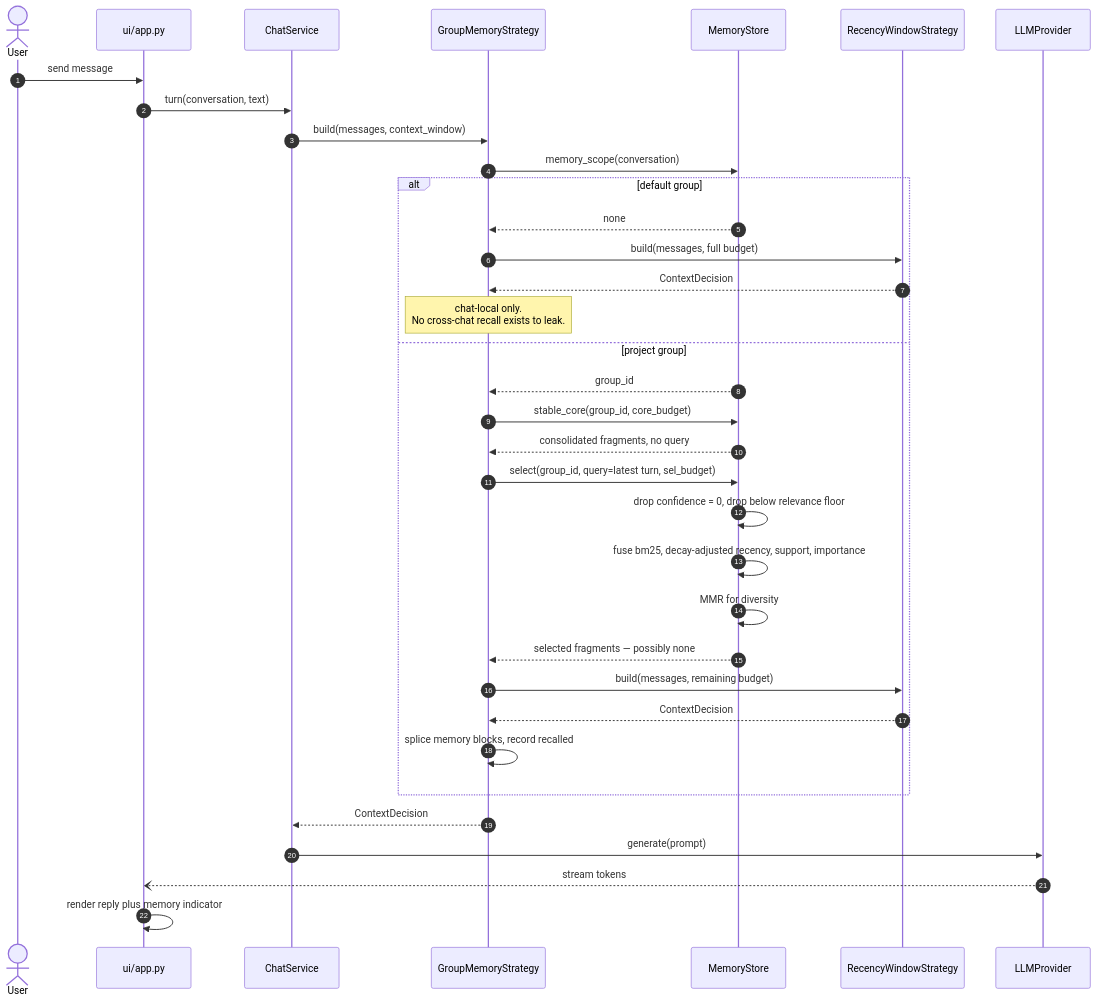
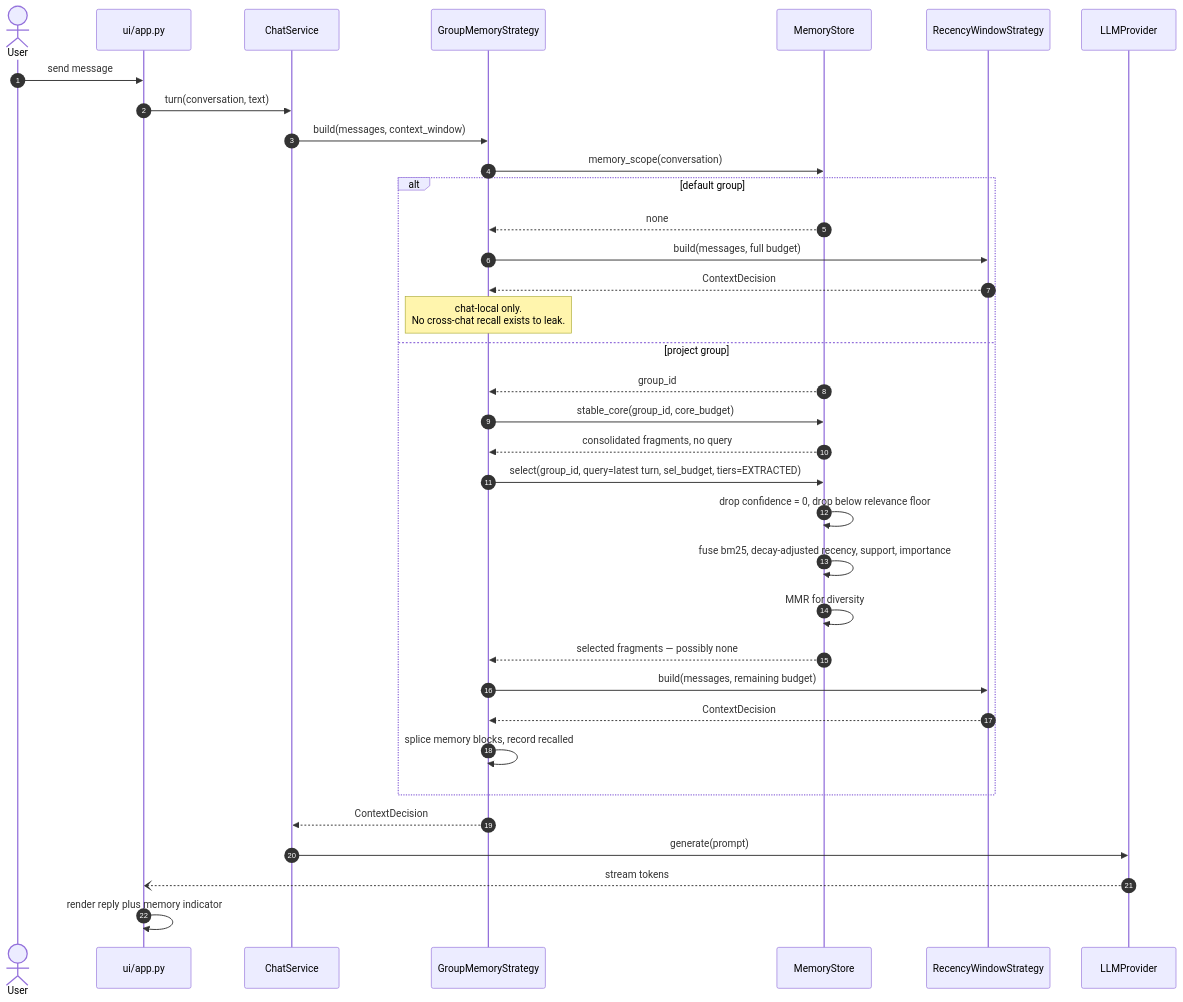
The seventh of 12 diagrams in docs/plans/memory-and-groups.md (Alorcus/agent_project), drawn with Mermaid before and after one commit. The commit also changed other lines of this file and 19 other files, not shown here.

````diff
--- a/docs/plans/memory-and-groups.md
+++ b/docs/plans/memory-and-groups.md
@@ -718,40 +725,40 @@
 ```mermaid
 sequenceDiagram
     autonumber
     actor User
     participant App as ui/app.py
     participant Chat as ChatService
     participant GMS as GroupMemoryStrategy
     participant Store as MemoryStore
     participant Inner as RecencyWindowStrategy
     participant LLM as LLMProvider
 
     User->>App: send message
     App->>Chat: turn(conversation, text)
     Chat->>GMS: build(messages, context_window)
 
     GMS->>Store: memory_scope(conversation)
     alt default group
         Store-->>GMS: none
         GMS->>Inner: build(messages, full budget)
         Inner-->>GMS: ContextDecision
         Note over GMS: chat-local only.<br/>No cross-chat recall exists to leak.
     else project group
         Store-->>GMS: group_id
         GMS->>Store: stable_core(group_id, core_budget)
         Store-->>GMS: consolidated fragments, no query
-        GMS->>Store: select(group_id, query=latest turn, sel_budget)
+        GMS->>Store: select(group_id, query=latest turn, sel_budget, tiers=EXTRACTED)
         Store->>Store: drop confidence = 0, drop below relevance floor
         Store->>Store: fuse bm25, decay-adjusted recency, support, importance
         Store->>Store: MMR for diversity
         Store-->>GMS: selected fragments — possibly none
         GMS->>Inner: build(messages, remaining budget)
         Inner-->>GMS: ContextDecision
         GMS->>GMS: splice memory blocks, record recalled
     end
 
     GMS-->>Chat: ContextDecision
     Chat->>LLM: generate(prompt)
     LLM--)App: stream tokens
     App->>App: render reply plus memory indicator
 ```
````
